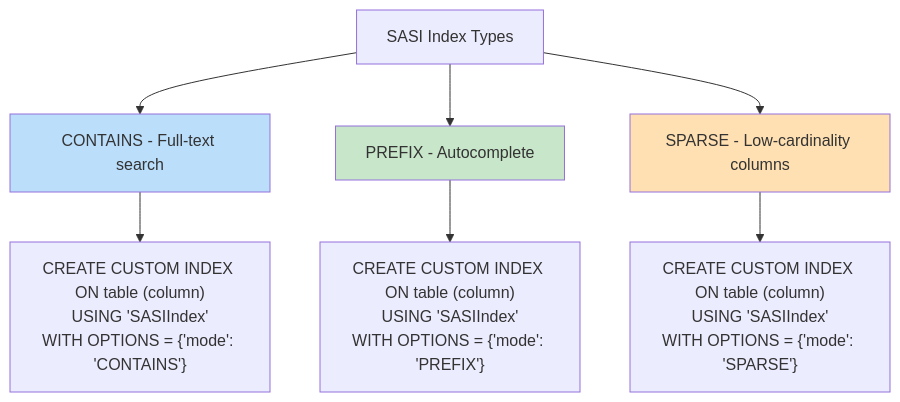
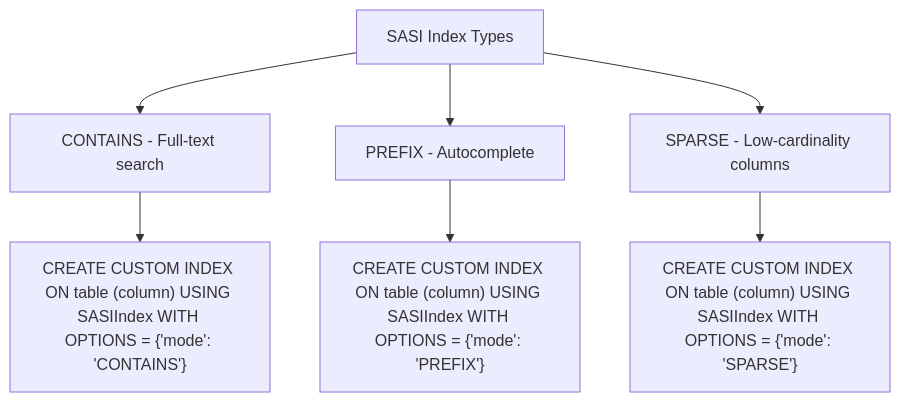
Diagram 12 of 14 in README.md (sawmikcuet19/cassardra-springboot), drawn with Mermaid before and after one commit. The commit also changed other lines of this file, not shown here.

Commit message:
Fix Mermaid diagrams: remove special chars causing parse errors, remove color styles

````diff
--- a/README.md
+++ b/README.md
@@ -413,14 +403,10 @@
 ```mermaid
 flowchart TD
-    A[SASI Index Types] --> B[CONTAINS - Full-text search]
-    A --> C[PREFIX - Autocomplete]
-    A --> D[SPARSE - Low-cardinality columns]
+    A["SASI Index Types"] --> B["CONTAINS - Full-text search"]
+    A --> C["PREFIX - Autocomplete"]
+    A --> D["SPARSE - Low-cardinality columns"]
 
-    B --> B1["CREATE CUSTOM INDEX ON table (column)<br/>USING 'SASIIndex'<br/>WITH OPTIONS = {'mode': 'CONTAINS'}"]
-    C --> C1["CREATE CUSTOM INDEX ON table (column)<br/>USING 'SASIIndex'<br/>WITH OPTIONS = {'mode': 'PREFIX'}"]
-    D --> D1["CREATE CUSTOM INDEX ON table (column)<br/>USING 'SASIIndex'<br/>WITH OPTIONS = {'mode': 'SPARSE'}"]
-
-    style B fill:#bbdefb
-    style C fill:#c8e6c9
-    style D fill:#ffe0b2
+    B --> B1["CREATE CUSTOM INDEX ON table (column) USING SASIIndex WITH OPTIONS = {'mode': 'CONTAINS'}"]
+    C --> C1["CREATE CUSTOM INDEX ON table (column) USING SASIIndex WITH OPTIONS = {'mode': 'PREFIX'}"]
+    D --> D1["CREATE CUSTOM INDEX ON table (column) USING SASIIndex WITH OPTIONS = {'mode': 'SPARSE'}"]
 ```
````
